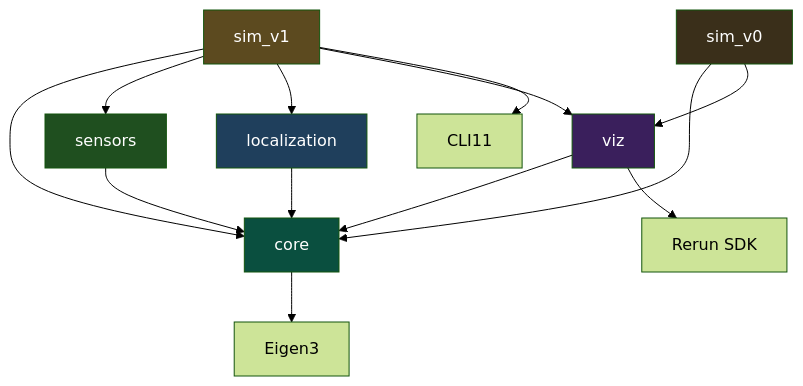
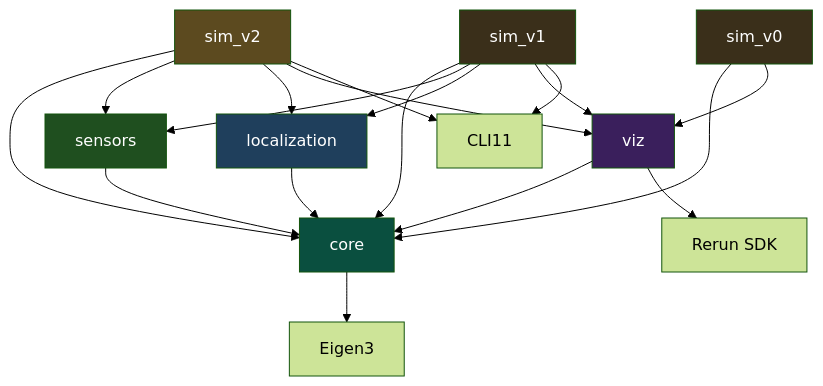
Before and after one commit to xinlei-robotics/MiniNav: the second of 2 diagrams in README.md, drawn with Mermaid (forest theme). The commit also changed other lines of this file and 6 other files, not shown here.

````diff
--- a/README.md
+++ b/README.md
@@ -190,24 +271,31 @@
 ```mermaid
 graph TD
-    sim_v1[sim_v1] --> core[core]
-    sim_v1 --> sensors[sensors]
-    sim_v1 --> localization[localization]
-    sim_v1 --> viz[viz]
-    sim_v1 --> cli11[CLI11]
+    sim_v2[sim_v2] --> core[core]
+    sim_v2 --> sensors[sensors]
+    sim_v2 --> localization[localization]
+    sim_v2 --> viz[viz]
+    sim_v2 --> cli11[CLI11]
+
+    sim_v1[sim_v1] --> core
+    sim_v1 --> sensors
+    sim_v1 --> localization
+    sim_v1 --> viz
+    sim_v1 --> cli11
 
     sim_v0[sim_v0] --> core
     sim_v0 --> viz
 
     sensors --> core
     localization --> core
     viz --> core
     viz --> rerun[Rerun SDK]
     core --> eigen[Eigen3]
 
     style core fill:#0a4f3f,color:#fff
     style sensors fill:#1f4f1f,color:#fff
     style localization fill:#1f3f5c,color:#fff
     style viz fill:#3a1f5c,color:#fff
-    style sim_v1 fill:#5c4a1f,color:#fff
+    style sim_v2 fill:#5c4a1f,color:#fff
+    style sim_v1 fill:#3a2f1a,color:#fff
     style sim_v0 fill:#3a2f1a,color:#fff
 ```
````
